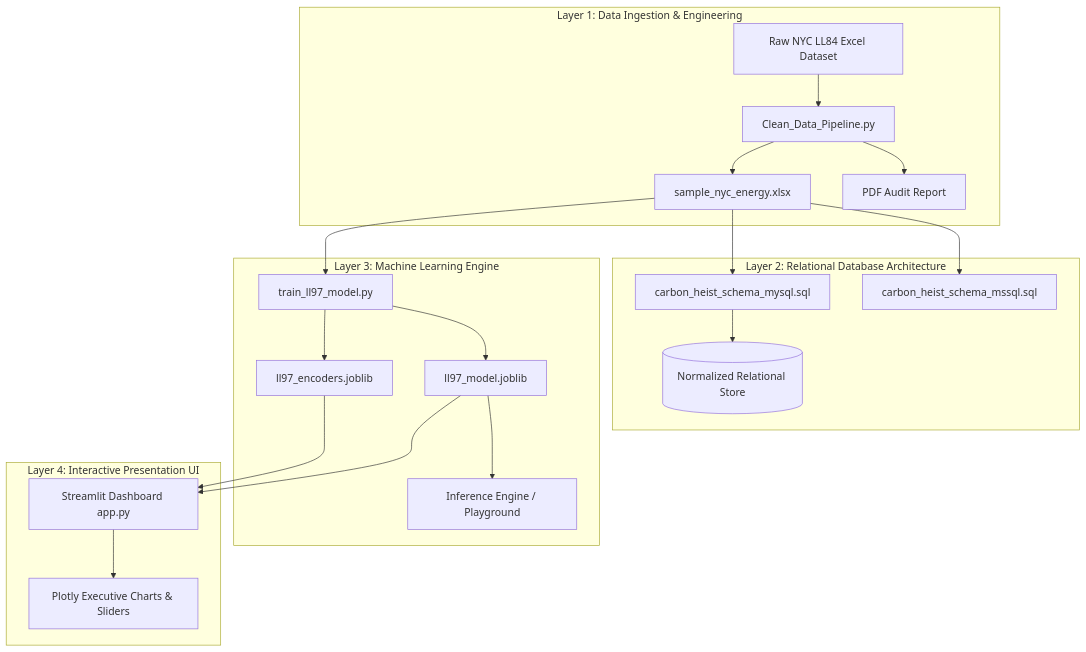
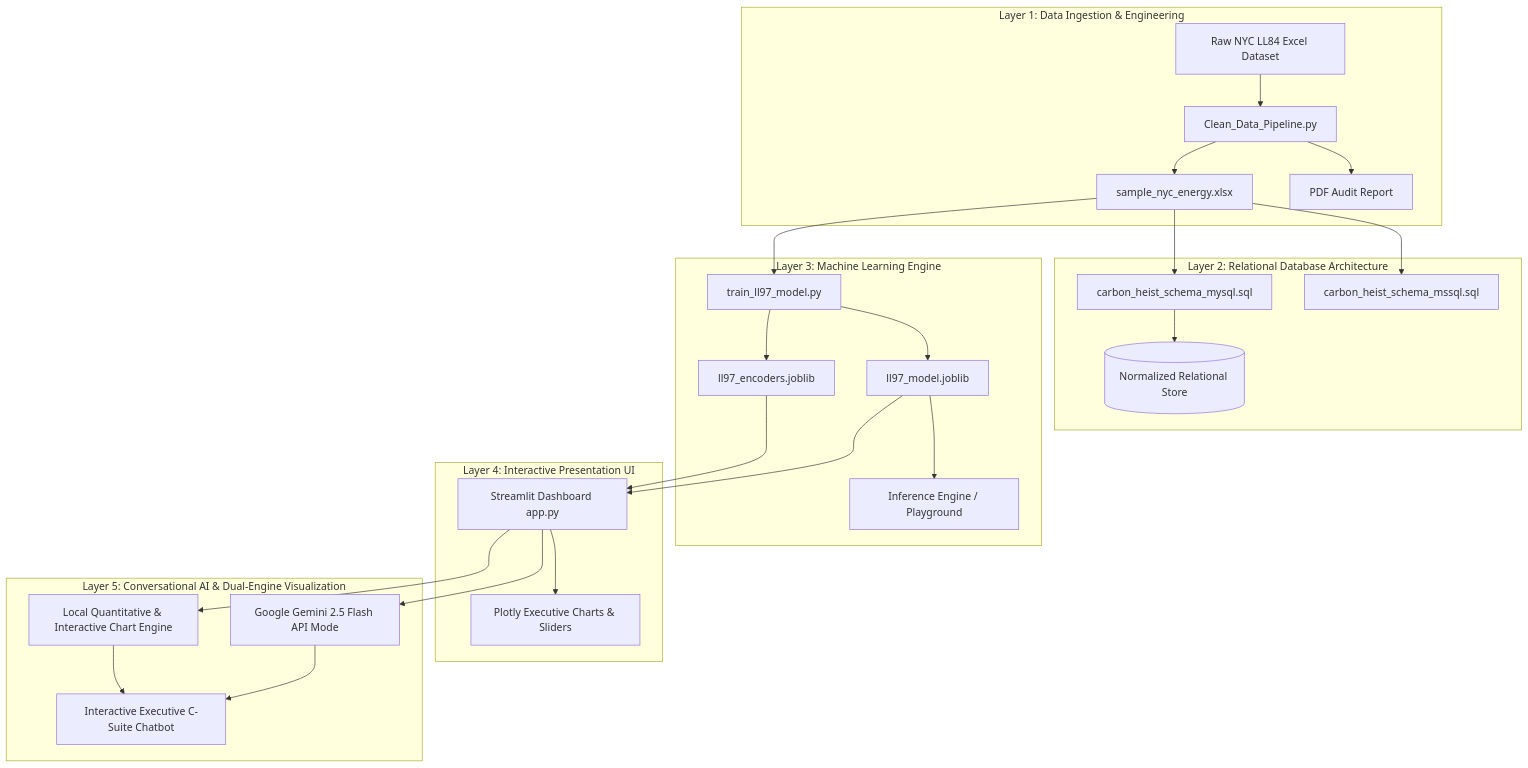
Before and after one commit to Huda-Amr/carbon-heist-mitigation: the first of 5 diagrams in docs/03_System_Analysis_and_Design.md, drawn with Mermaid. The commit also changed other lines of this file and 3 other files, not shown here.

Commit message:
Document AI Executive Chatbot & Dual-Engine Interactive Visualization across application and academic documentation suite (Docs 03 & 06)

````diff
--- a/docs/03_System_Analysis_and_Design.md
+++ b/docs/03_System_Analysis_and_Design.md
@@ -59,27 +59,34 @@
 ```mermaid
 graph TD
     subgraph L1 [Layer 1: Data Ingestion & Engineering]
         RAW[Raw NYC LL84 Excel Dataset] --> ETL[Clean_Data_Pipeline.py]
         ETL --> CLEAN[sample_nyc_energy.xlsx]
         ETL --> REPORT[PDF Audit Report]
     end
 
     subgraph L2 [Layer 2: Relational Database Architecture]
         CLEAN --> SQL_MY[carbon_heist_schema_mysql.sql]
         CLEAN --> SQL_MS[carbon_heist_schema_mssql.sql]
         SQL_MY --> DB[(Normalized Relational Store)]
     end
 
     subgraph L3 [Layer 3: Machine Learning Engine]
         CLEAN --> TRAIN[train_ll97_model.py]
         TRAIN --> MODEL[ll97_model.joblib]
         TRAIN --> ENC[ll97_encoders.joblib]
         MODEL --> INFER[Inference Engine / Playground]
     end
 
     subgraph L4 [Layer 4: Interactive Presentation UI]
         MODEL --> APP[Streamlit Dashboard app.py]
         ENC --> APP
         APP --> DASH[Plotly Executive Charts & Sliders]
     end
+
+    subgraph L5 [Layer 5: Conversational AI & Dual-Engine Visualization]
+        APP --> GEMINI[Google Gemini 2.5 Flash API Mode]
+        APP --> LOCAL[Local Quantitative & Interactive Chart Engine]
+        GEMINI --> CHAT[Interactive Executive C-Suite Chatbot]
+        LOCAL --> CHAT
+    end
 ```
````
